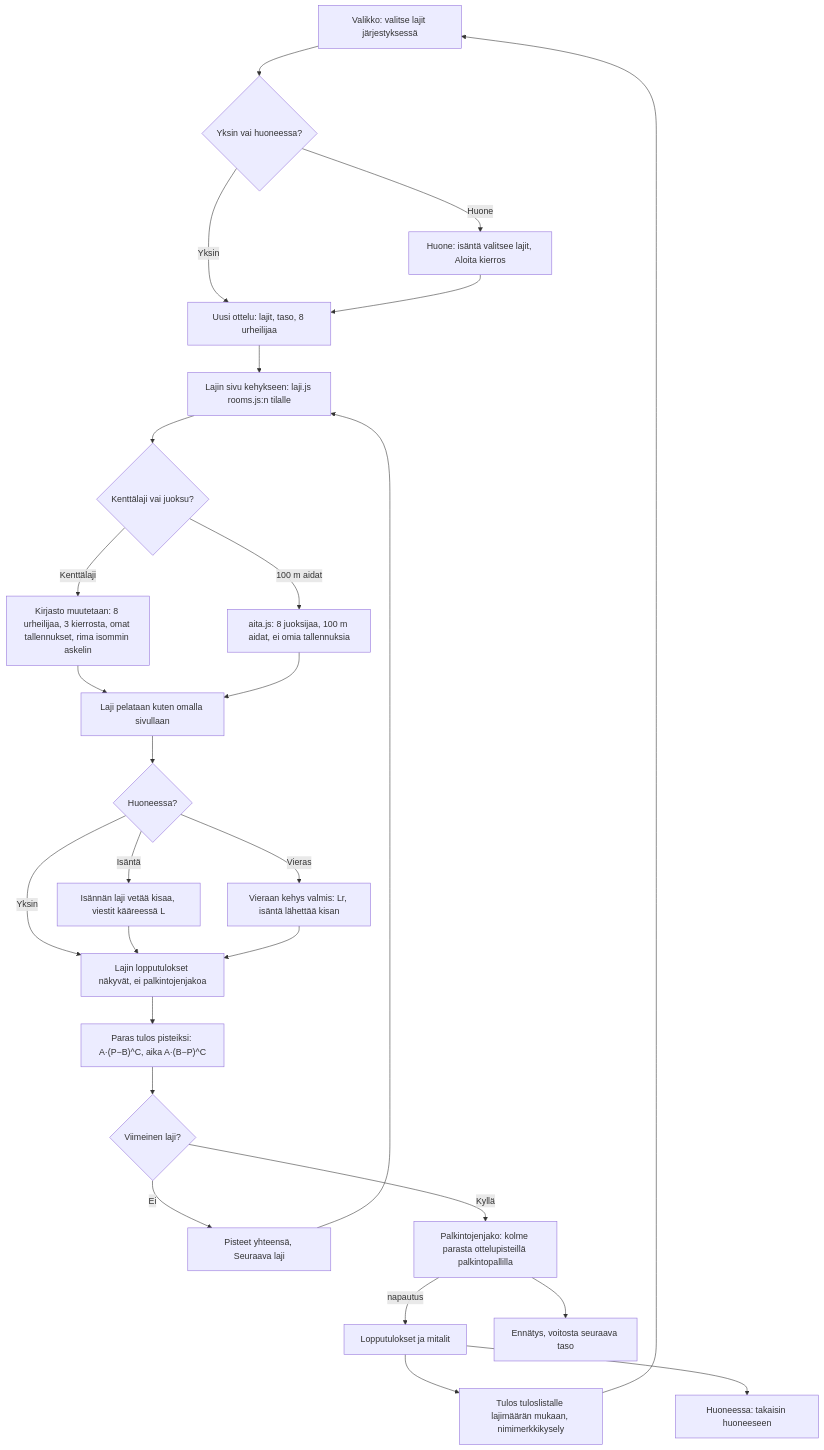
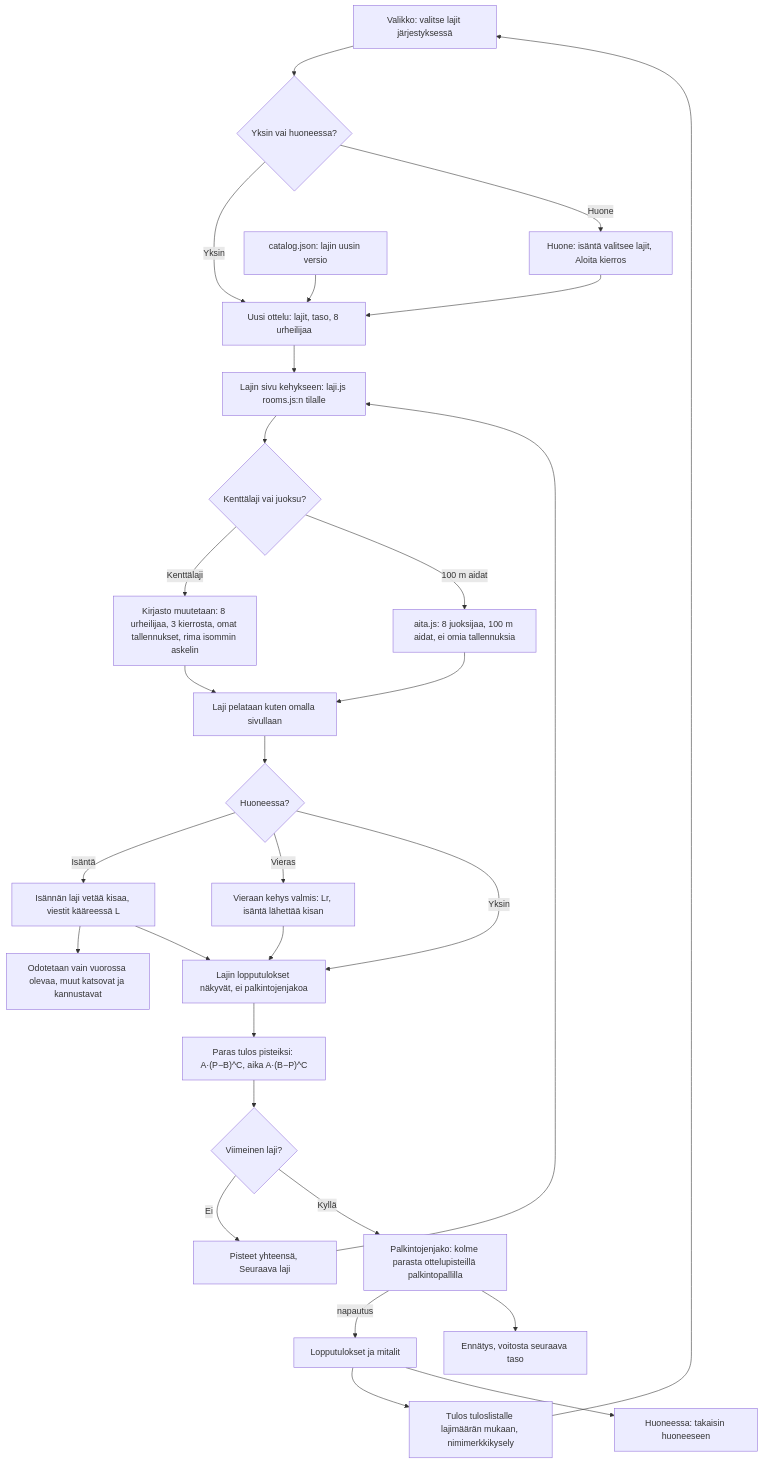
Before and after one commit to eerovil/ai-pelit: the diagram in docs/diagrams/ottelu.md, drawn with Mermaid. The commit also changed other lines of this file and 8 other files, not shown here.

````diff
--- a/docs/diagrams/ottelu.md
+++ b/docs/diagrams/ottelu.md
@@ -9,34 +9,36 @@
 ```mermaid
 flowchart TD
   MENU[Valikko: valitse lajit järjestyksessä] --> Q{Yksin vai huoneessa?}
   Q -- Yksin --> NEW[Uusi ottelu: lajit, taso, 8 urheilijaa]
   Q -- Huone --> ROOM[Huone: isäntä valitsee lajit, Aloita kierros]
   ROOM --> NEW
+  CAT[catalog.json: lajin uusin versio] --> NEW
   NEW --> LOAD[Lajin sivu kehykseen: laji.js rooms.js:n tilalle]
   LOAD --> KIND{Kenttälaji vai juoksu?}
   KIND -- Kenttälaji --> PATCH[Kirjasto muutetaan: 8 urheilijaa, 3 kierrosta, omat tallennukset, rima isommin askelin]
   KIND -- 100 m aidat --> AITA[aita.js: 8 juoksijaa, 100 m aidat, ei omia tallennuksia]
   PATCH --> PLAY[Laji pelataan kuten omalla sivullaan]
   AITA --> PLAY
   PLAY --> NET{Huoneessa?}
   NET -- Isäntä --> HOST[Isännän laji vetää kisaa, viestit kääreessä L]
+  HOST --> TURNS[Odotetaan vain vuorossa olevaa, muut katsovat ja kannustavat]
   NET -- Vieras --> GUEST[Vieraan kehys valmis: Lr, isäntä lähettää kisan]
   NET -- Yksin --> RES
   HOST --> RES[Lajin lopputulokset näkyvät, ei palkintojenjakoa]
   GUEST --> RES
   RES --> PTS["Paras tulos pisteiksi: A·(P−B)^C, aika A·(B−P)^C"]
   PTS --> LAST{Viimeinen laji?}
   LAST -- Ei --> BOARD[Pisteet yhteensä, Seuraava laji]
   BOARD --> LOAD
   LAST -- Kyllä --> PODIUM[Palkintojenjako: kolme parasta ottelupisteillä palkintopallilla]
   PODIUM -->|napautus| END[Lopputulokset ja mitalit]
   PODIUM --> SAVE[Ennätys, voitosta seuraava taso]
   END --> LIST[Tulos tuloslistalle lajimäärän mukaan, nimimerkkikysely]
   LIST --> MENU
   END --> BACK[Huoneessa: takaisin huoneeseen]
   class MENU,ROOM,BOARD,PLAY blue
-  class HOST,GUEST violet
+  class HOST,GUEST,TURNS violet
   class Q,NET,LAST,KIND amber
-  class NEW,LOAD,PATCH,AITA,PTS teal
+  class NEW,LOAD,PATCH,AITA,PTS,CAT teal
   class RES,END,SAVE,BACK,PODIUM,LIST green
 ```
````
